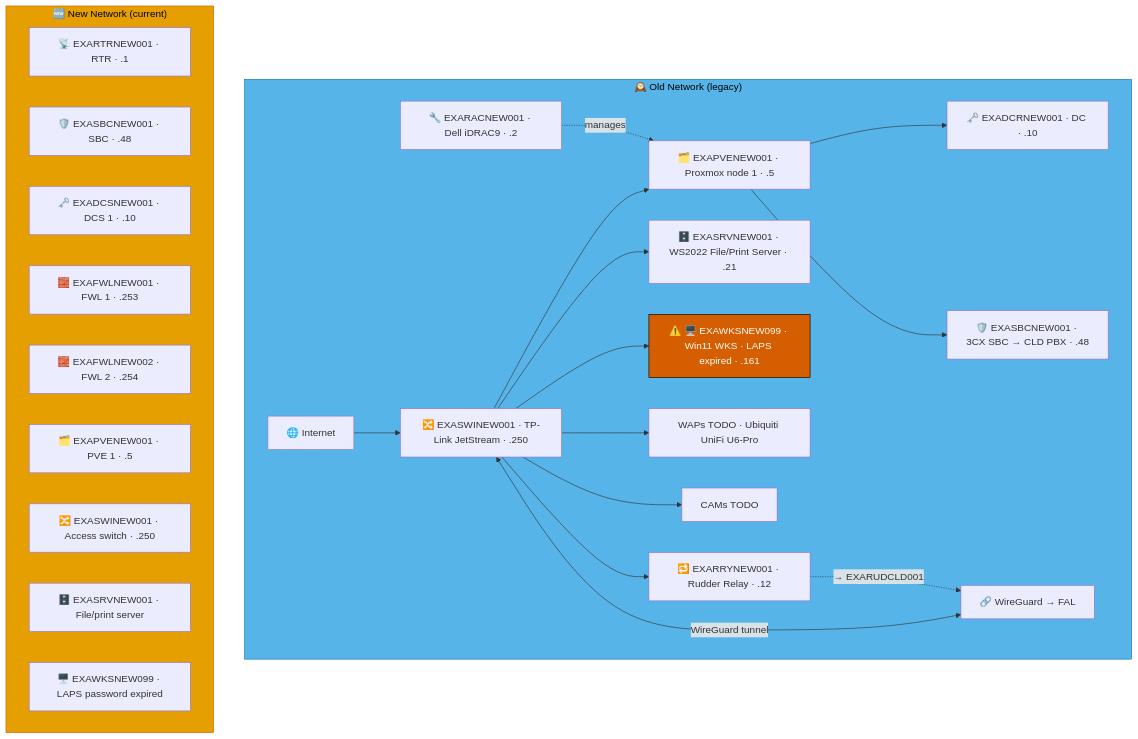
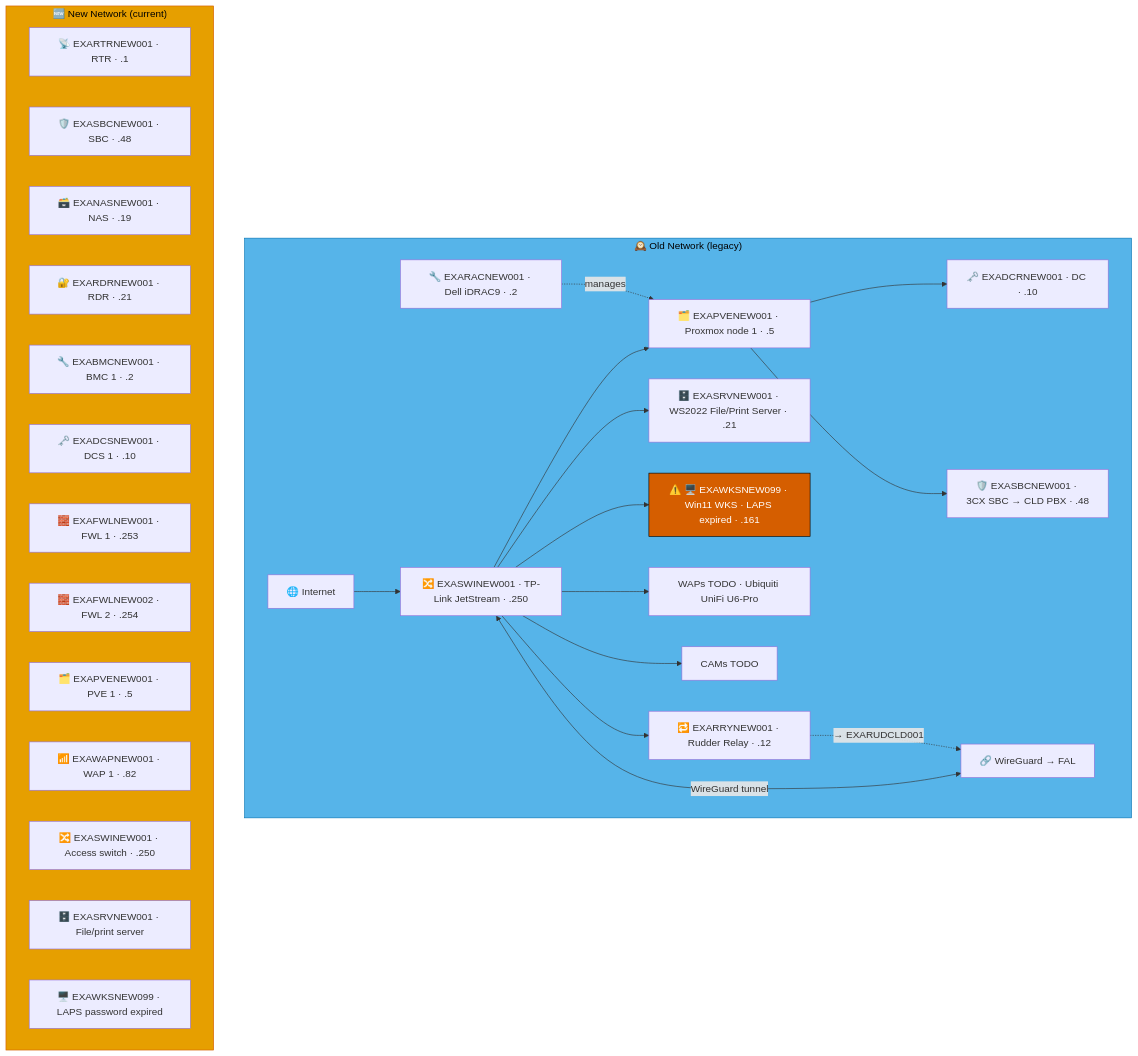
The fifth of 9 diagrams in docs/network-diagram/england.md (knightmare2600/example_music_infra), drawn with Mermaid before and after one commit. The commit also changed other lines of this file and 15 other files, not shown here.

````diff
--- a/docs/network-diagram/england.md
+++ b/docs/network-diagram/england.md
@@ -261,43 +276,47 @@
 ```mermaid
 graph TD
     subgraph OLD_NEW ["🕰️ Old Network (legacy)"]
       INET["🌐 Internet"]
       SW["🔀 EXASWINEW001 · TP-Link JetStream · .250"]
       RAC["🔧 EXARACNEW001 · Dell iDRAC9 · .2"]
       PVE["🗂️ EXAPVENEW001 · Proxmox node 1 · .5"]
       DC["🗝️ EXADCRNEW001 · DC · .10"]
       SBC["🛡️ EXASBCNEW001 · 3CX SBC → CLD PBX · .48"]
       RRY["🔁 EXARRYNEW001 · Rudder Relay · .12"]
       SRV["🗄️ EXASRVNEW001 · WS2022 File/Print Server · .21"]
       WKS["⚠️ 🖥️ EXAWKSNEW099 · Win11 WKS · LAPS expired · .161"]
       WAP["WAPs TODO · Ubiquiti UniFi U6-Pro"]
       CAM["CAMs TODO"]
       VPN["🔗 WireGuard → FAL"]
 
       INET --> SW
       SW --> PVE --> DC & SBC
       RAC -.->|"manages"| PVE
       SW --> SRV & WKS & WAP & CAM
       SW <-->|"WireGuard tunnel"| VPN
 
       SW --> RRY
       RRY -. "→ EXARUDCLD001" .-> VPN
     end
     style OLD_NEW fill:#56B4E9,stroke:#0072B2,color:#000000
     %% GENERATED:NEW-NETWORK:NEW:START
     subgraph NEW_NEW ["🆕 New Network (current)"]
       N_RTR["📡 EXARTRNEW001 · RTR · .1"]
       N_SBC["🛡️ EXASBCNEW001 · SBC · .48"]
+      N_NAS["🗃️ EXANASNEW001 · NAS · .19"]
+      N_RDR["🔐 EXARDRNEW001 · RDR · .21"]
+      N_BMC["🔧 EXABMCNEW001 · BMC 1 · .2"]
       N_DCS["🗝️ EXADCSNEW001 · DCS 1 · .10"]
       N_FWL["🧱 EXAFWLNEW001 · FWL 1 · .253"]
       N_FWL2["🧱 EXAFWLNEW002 · FWL 2 · .254"]
       N_PVE["🗂️ EXAPVENEW001 · PVE 1 · .5"]
+      N_WAP["📶 EXAWAPNEW001 · WAP 1 · .82"]
       N_SWI["🔀 EXASWINEW001 · Access switch · .250"]
       N_SRV["🗄️ EXASRVNEW001 · File/print server"]
       N_WKS["🖥️ EXAWKSNEW099 · LAPS password expired"]
     end
     style NEW_NEW fill:#E69F00,stroke:#D55E00,color:#000000
     %% GENERATED:NEW-NETWORK:NEW:END
     classDef warn fill:#D55E00,stroke:#000000,color:#ffffff
     class WKS warn
 ```
````
